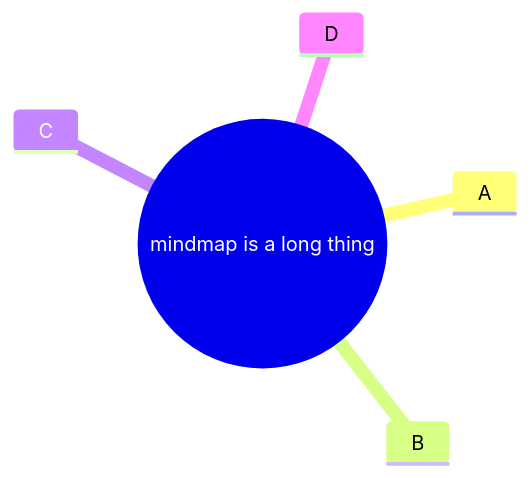
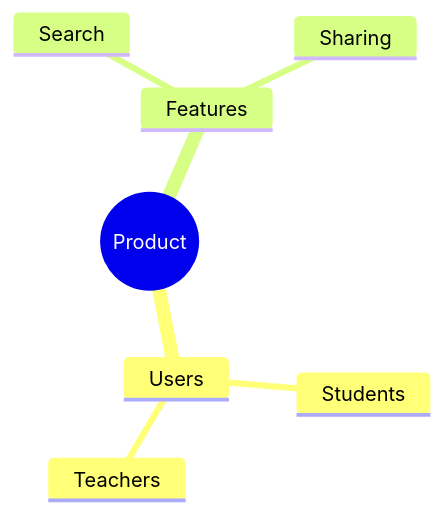
One commit to hgrabows/diagrammer-skills changed the sixth of 6 diagrams in skills/diagrammer/specs/mermaid/mindmap.md. Above: the diagram before and after it, drawn with Mermaid. The commit also changed other lines of this file and 127 other files, not shown here.

First line of the commit message:
feat: audit all specs, add example gallery, fix PlantUML and Gantt rendering

````diff
--- a/skills/diagrammer/specs/mermaid/mindmap.md
+++ b/skills/diagrammer/specs/mermaid/mindmap.md
@@ -112,12 +133,16 @@
 ```mermaid
 ---
 config:
   layout: tidy-tree
+  mindmap:
+    colorBy: depth
 ---
 mindmap
-root((mindmap is a long thing))
-  A
-  B
-  C
-  D
+  root((Product))
+    Users
+      Students
+      Teachers
+    Features
+      Search
+      Sharing
 ```
````
